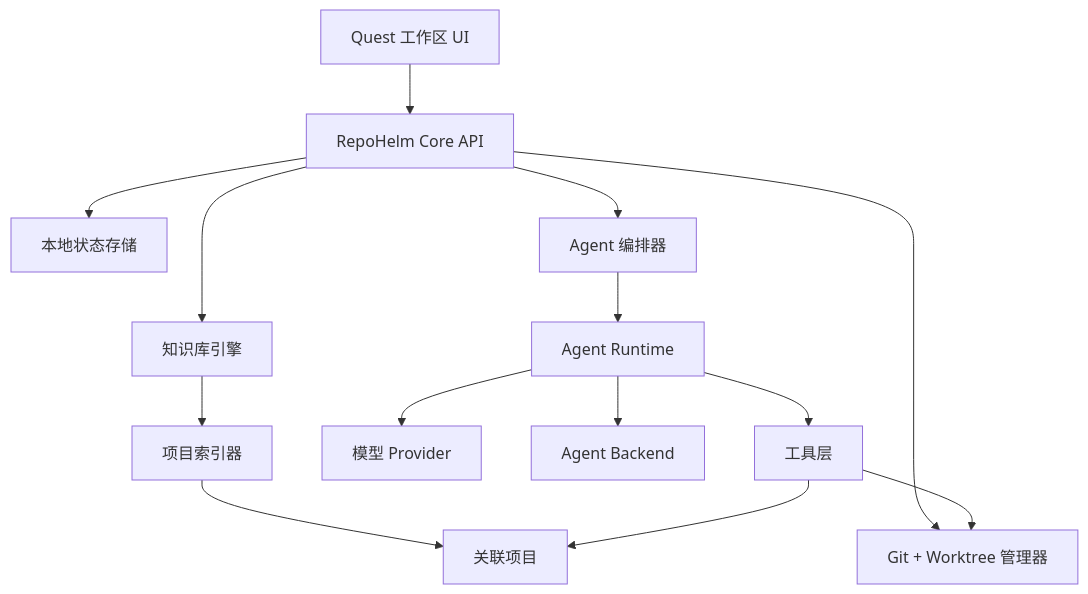
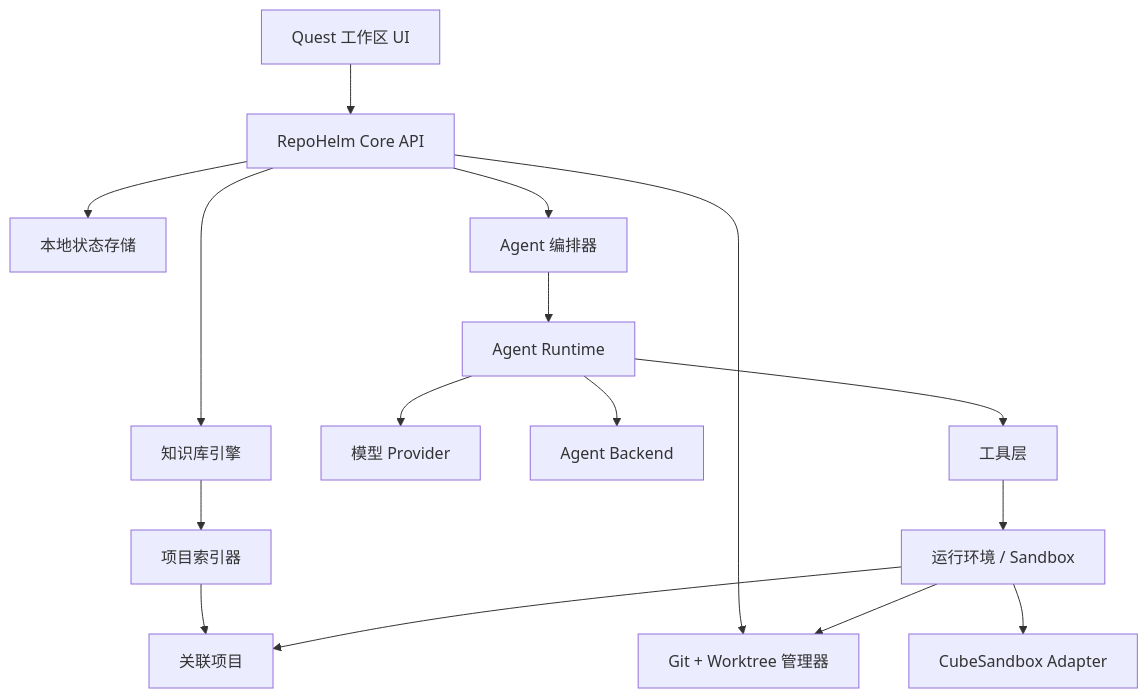
Before and after one commit to coconilu/RepoHelm: the diagram in docs/architecture.md, drawn with Mermaid. The commit also changed other lines of this file and 12 other files, not shown here.

````diff
--- a/docs/architecture.md
+++ b/docs/architecture.md
@@ -268,31 +268,35 @@
 ```mermaid
 flowchart TD
   UI["Quest 工作区 UI"]
   API["RepoHelm Core API"]
   Store["本地状态存储"]
   Knowledge["知识库引擎"]
   Indexer["项目索引器"]
   Orchestrator["Agent 编排器"]
   Runtime["Agent Runtime"]
   Model["模型 Provider"]
   Backend["Agent Backend"]
   Tools["工具层"]
+  Sandbox["运行环境 / Sandbox"]
+  CubeSandbox["CubeSandbox Adapter"]
   Git["Git + Worktree 管理器"]
   Projects["关联项目"]
 
   UI --> API
   API --> Store
   API --> Knowledge
   API --> Orchestrator
   API --> Git
 
   Knowledge --> Indexer
   Indexer --> Projects
 
   Orchestrator --> Runtime
   Runtime --> Model
   Runtime --> Backend
   Runtime --> Tools
-  Tools --> Git
-  Tools --> Projects
+  Tools --> Sandbox
+  Sandbox --> Git
+  Sandbox --> Projects
+  Sandbox --> CubeSandbox
 ```
````
